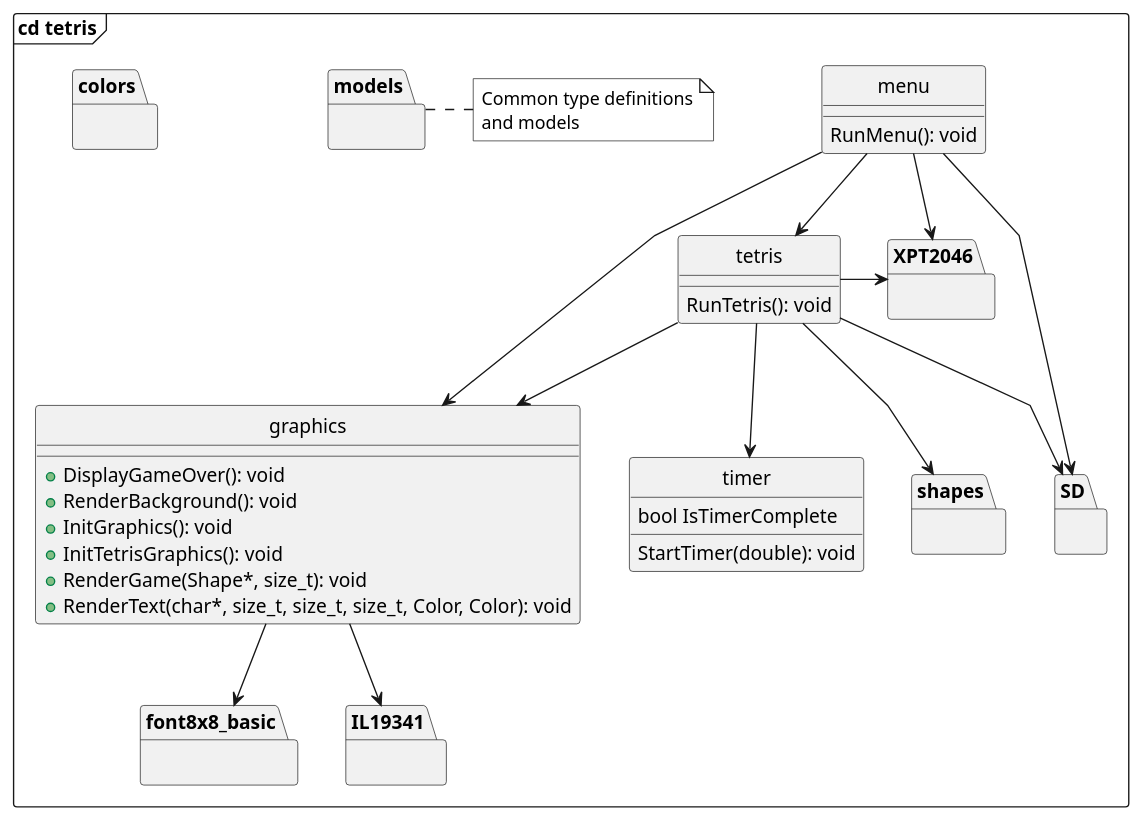
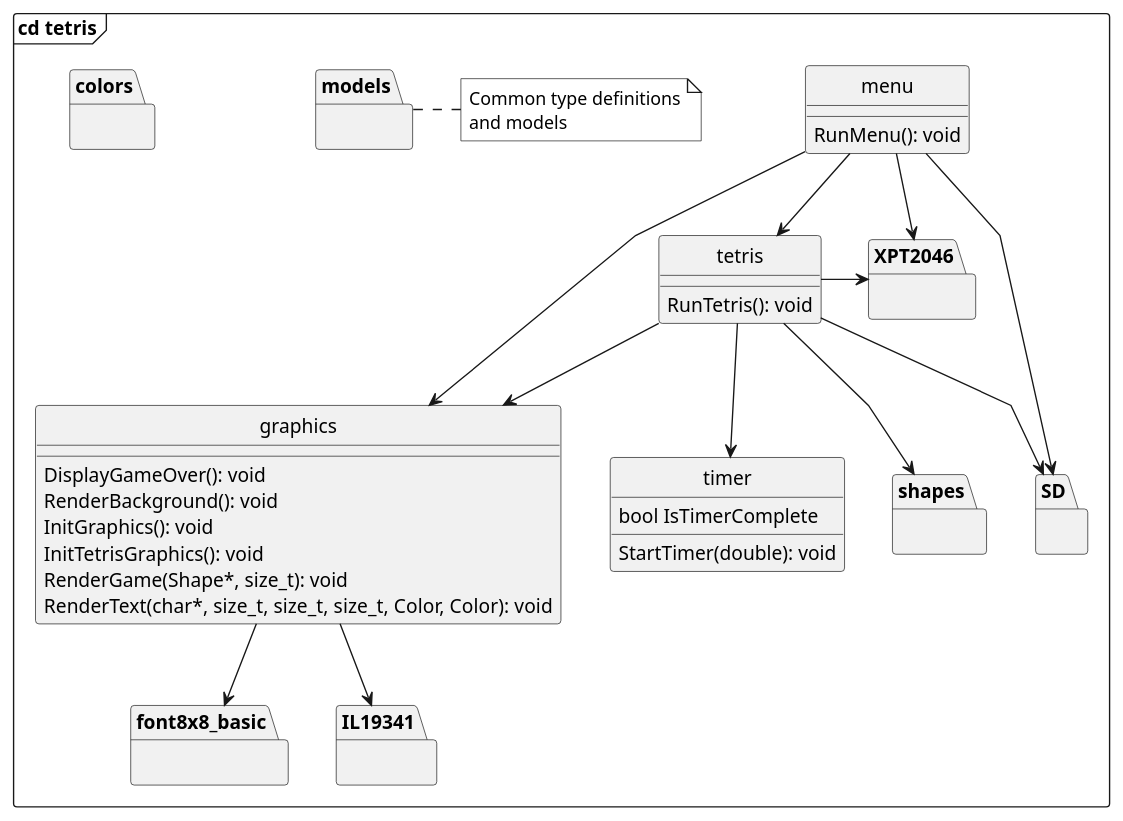
One commit to Yoda92/AMS_TETRIS changed the diagram in diagrams/cd_tetris.wsd. Above: the diagram before and after it, drawn with PlantUML. The commit also changed 1 other file, not shown here.

```diff
--- a/diagrams/cd_tetris.wsd
+++ b/diagrams/cd_tetris.wsd
@@ -1,50 +1,50 @@
 @startuml
 hide circle
 skinparam linetype polyline
 top to bottom direction
 
 frame "cd tetris" {
     package colors {}
     class graphics {
-        + DisplayGameOver(): void
-        + RenderBackground(): void
-        + InitGraphics(): void
-        + InitTetrisGraphics(): void
-        + RenderGame(Shape*, size_t): void
-        + RenderText(char*, size_t, size_t, size_t, Color, Color): void
+        DisplayGameOver(): void
+        RenderBackground(): void
+        InitGraphics(): void
+        InitTetrisGraphics(): void
+        RenderGame(Shape*, size_t): void
+        RenderText(char*, size_t, size_t, size_t, Color, Color): void
     }
     package shapes {}
     class tetris {
         RunTetris(): void
     }
     class timer {
         bool IsTimerComplete
         StartTimer(double): void
     }
     class menu {
         RunMenu(): void
     }
     package font8x8_basic {}
     package IL19341 {}
     package XPT2046 {}
     package SD {}
     package models {}
 
     menu --> tetris
     menu -> graphics
     menu --> XPT2046
     menu --> SD
     tetris -down-> shapes
     tetris -down-> graphics
     tetris --> SD
     graphics --> IL19341
     graphics --> font8x8_basic
     tetris --> timer
     tetris -> XPT2046
 
     note right of models #ffffff
         Common type definitions
         and models
     end note
 }
 @enduml
```
